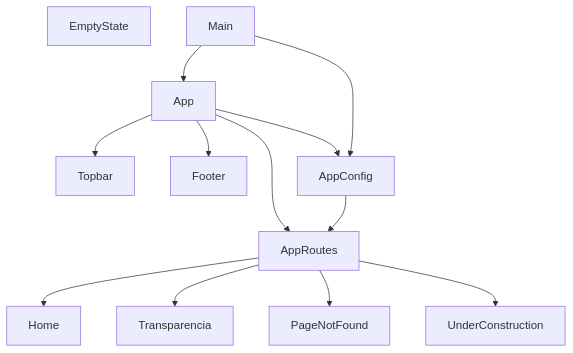
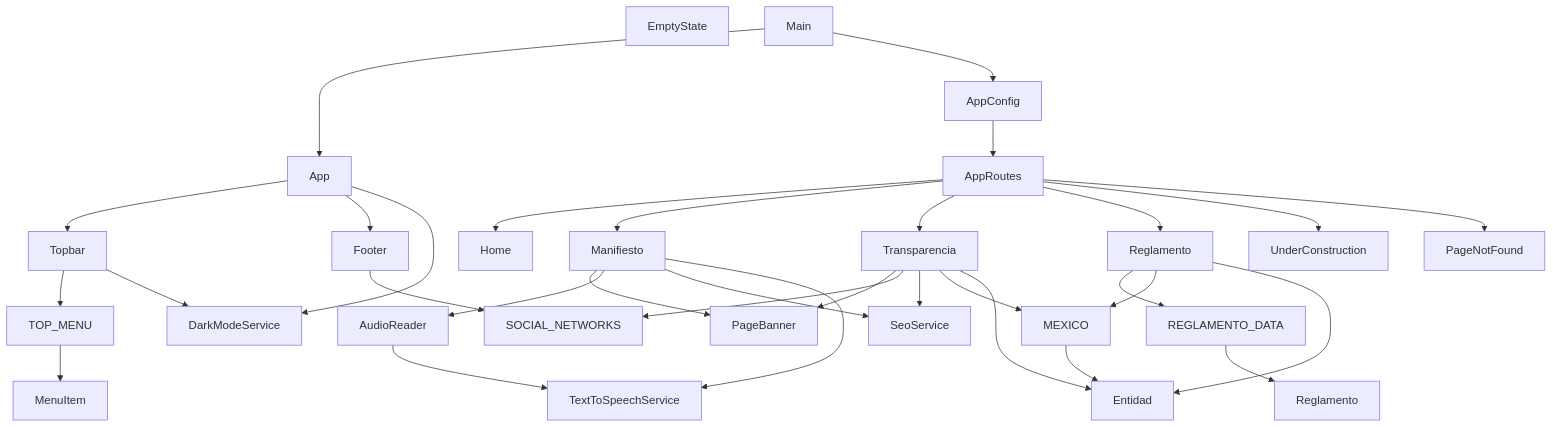
Before and after one commit to lancastmx/POC_admin_migala: the diagram in docs/GRAPH.md, drawn with Mermaid. The commit also changed other lines of this file and 29 other files, not shown here.

````diff
--- a/docs/GRAPH.md
+++ b/docs/GRAPH.md
@@ -7,26 +7,78 @@
 ```mermaid
 graph TD
+  %% Componentes
   comp-001[App]
   comp-002[Topbar]
   comp-003[Footer]
   comp-004[Home]
   comp-005[Transparencia]
   comp-006[PageNotFound]
   comp-007[EmptyState]
   comp-008[UnderConstruction]
+  comp-009[Reglamento]
+  comp-010[PageBanner]
+  comp-011[Manifiesto]
+  comp-012[AudioReader]
+
+  %% Servicios
+  serv-001[SeoService]
+  serv-002[DarkModeService]
+  serv-003[TextToSpeechService]
+
+  %% Modelos
+  model-001[Entidad]
+  model-002[Reglamento]
+
+  %% Datos
+  data-001[MEXICO]
+  data-002[REGLAMENTO_DATA]
+  data-003[SOCIAL_NETWORKS]
+  data-004[TOP_MENU]
+  data-005[MenuItem]
+
+  %% Config
   cfg-001[AppConfig]
   cfg-002[AppRoutes]
+
+  %% Entry
   entry-001[Main]
 
+  %% Aristas - Componentes → dependencias
   comp-001 --> comp-002
   comp-001 --> comp-003
-  comp-001 --> cfg-001
-  comp-001 --> cfg-002
+  comp-001 --> serv-002
+  comp-002 --> data-004
+  comp-002 --> serv-002
+  comp-003 --> data-003
+  comp-005 --> comp-010
+  comp-005 --> data-003
+  comp-005 --> serv-001
+  comp-005 --> data-001
+  comp-005 --> model-001
+  comp-009 --> data-002
+  comp-009 --> data-001
+  comp-009 --> model-001
+  comp-011 --> comp-010
+  comp-011 --> comp-012
+  comp-011 --> serv-001
+  comp-011 --> serv-003
+  comp-012 --> serv-003
+
+  %% Aristas - Config → componentes
   cfg-001 --> cfg-002
   cfg-002 --> comp-004
+  cfg-002 --> comp-011
   cfg-002 --> comp-005
+  cfg-002 --> comp-009
+  cfg-002 --> comp-008
   cfg-002 --> comp-006
-  cfg-002 --> comp-008
+
+  %% Aristas - Entry → app
   entry-001 --> comp-001
   entry-001 --> cfg-001
+
+  %% Aristas - Data → Model
+  data-001 --> model-001
+  data-002 --> model-002
+  data-004 --> data-005
 ```
````
